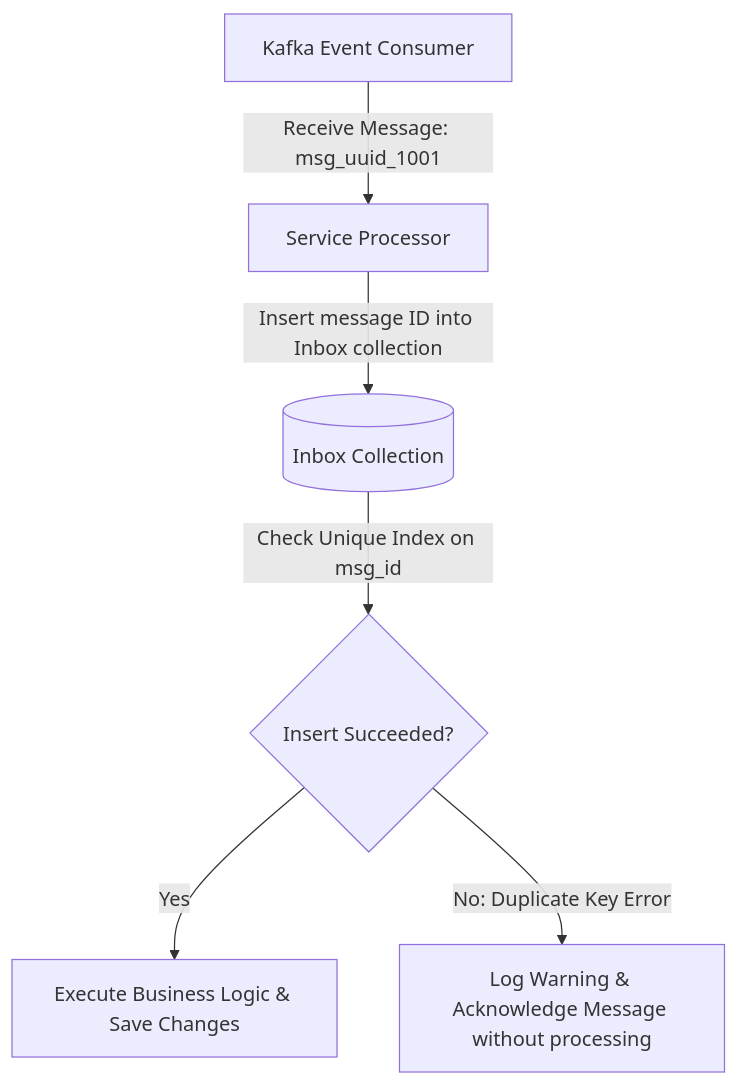
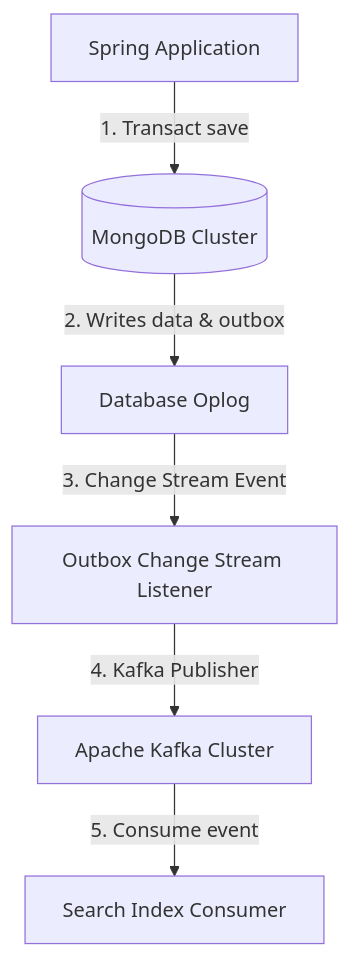
The diagram in courses/spring-mongodb-mastery/modules/15-advanced-production-patterns.md (BaoTo12/learning-repo), drawn with Mermaid before and after one commit. The commit also changed other lines of this file and 598 other files, not shown here.

Commit message:
add kafka course and spring kafka

````diff
--- a/courses/spring-mongodb-mastery/modules/15-advanced-production-patterns.md
+++ b/courses/spring-mongodb-mastery/modules/15-advanced-production-patterns.md
@@ -172,8 +26,8 @@
 ```mermaid
 graph TD
-    A[Kafka Event Consumer] -->|Receive Message: msg_uuid_1001| B[Service Processor]
-    B -->|Insert message ID into Inbox collection| C[(Inbox Collection)]
-    C -->|Check Unique Index on msg_id| D{Insert Succeeded?}
-    D -->|Yes| E[Execute Business Logic & Save Changes]
-    D -->|No: Duplicate Key Error| F[Log Warning & Acknowledge Message without processing]
+    App[Spring Application] -->|1. Transact save| DB[(MongoDB Cluster)]
+    DB -->|2. Writes data & outbox| Oplog[Database Oplog]
+    Oplog -->|3. Change Stream Event| Engine[Outbox Change Stream Listener]
+    Engine -->|4. Kafka Publisher| Kafka[Apache Kafka Cluster]
+    Kafka -->|5. Consume event| Elastic[Search Index Consumer]
 ```
````
